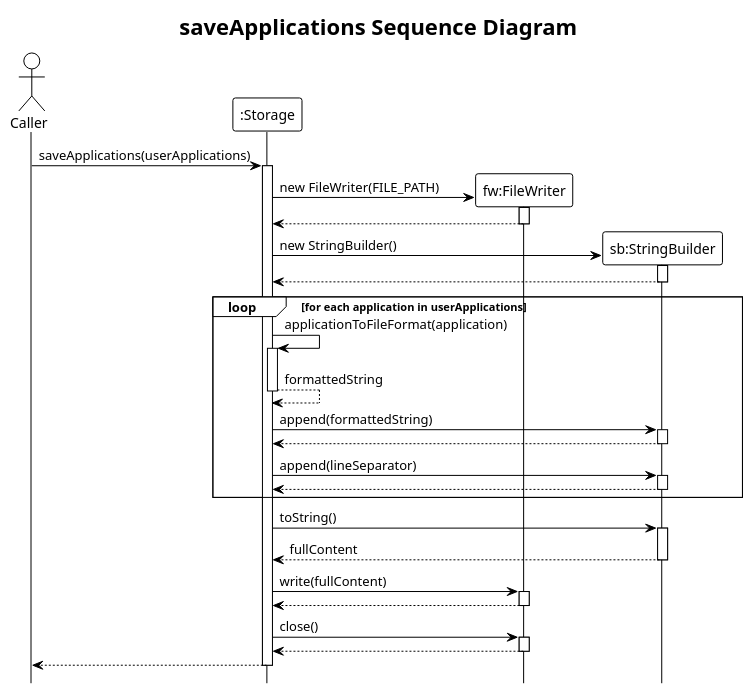
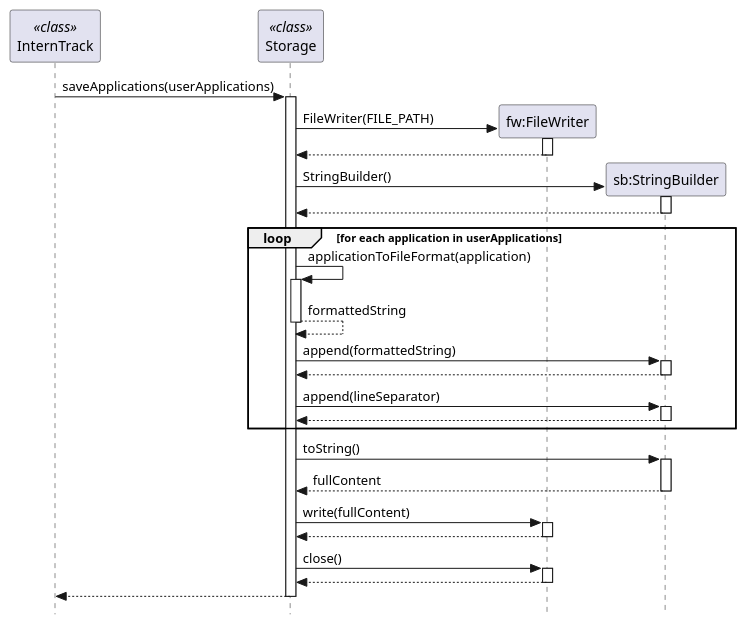
Before and after one commit to BaoLam194/tp: the diagram in docs/diagrams/save_sequence_diag.puml, drawn with PlantUML. The commit also changed 6 other files, not shown here.

Commit message:
Update sequence diagrams to accurately reflect static methods

```diff
--- a/docs/diagrams/save_sequence_diag.puml
+++ b/docs/diagrams/save_sequence_diag.puml
@@ -1,68 +1,64 @@
-@startuml saveApplications_sequence
-!theme plain
-hide footbox
-skinparam shadowing false
+@startuml
+skinparam style strictuml
 
-title saveApplications Sequence Diagram
-
-actor "Caller" as caller
-participant ":Storage" as Storage
+participant "InternTrack" as main <<class>>
+participant "Storage" as Storage <<class>>
 participant "fw:FileWriter" as FileWriter
 participant "sb:StringBuilder" as StringBuilder
 
-caller -> Storage : saveApplications(userApplications)
+main -> Storage : saveApplications(userApplications)
 activate Storage
 
 create FileWriter
-Storage -> FileWriter : new FileWriter(FILE_PATH)
+Storage -> FileWriter : FileWriter(FILE_PATH)
 activate FileWriter
 FileWriter --> Storage
 deactivate FileWriter
 
 create StringBuilder
-Storage -> StringBuilder : new StringBuilder()
+Storage -> StringBuilder : StringBuilder()
 activate StringBuilder
 StringBuilder --> Storage
 deactivate StringBuilder
 
 loop for each application in userApplications
 
     ' Self-invocation with stacked activation bar
     Storage -> Storage : applicationToFileFormat(application)
     activate Storage
     Storage --> Storage : formattedString
     deactivate Storage
 
     Storage -> StringBuilder : append(formattedString)
     activate StringBuilder
     StringBuilder --> Storage
     deactivate StringBuilder
 
     ' Reflecting the .append(System.lineSeparator()) in your code
     Storage -> StringBuilder : append(lineSeparator)
     activate StringBuilder
     StringBuilder --> Storage
     deactivate StringBuilder
 end
 
 ' Unrolled sb.toString()
 Storage -> StringBuilder : toString()
 activate StringBuilder
 StringBuilder --> Storage : fullContent
 deactivate StringBuilder
 
 Storage -> FileWriter : write(fullContent)
 activate FileWriter
 FileWriter --> Storage
 deactivate FileWriter
 
 ' Reflecting the implicit close from try-with-resources
 Storage -> FileWriter : close()
 activate FileWriter
 FileWriter --> Storage
 deactivate FileWriter
 
-Storage --> caller
+Storage --> main
 deactivate Storage
 
 @enduml
```
